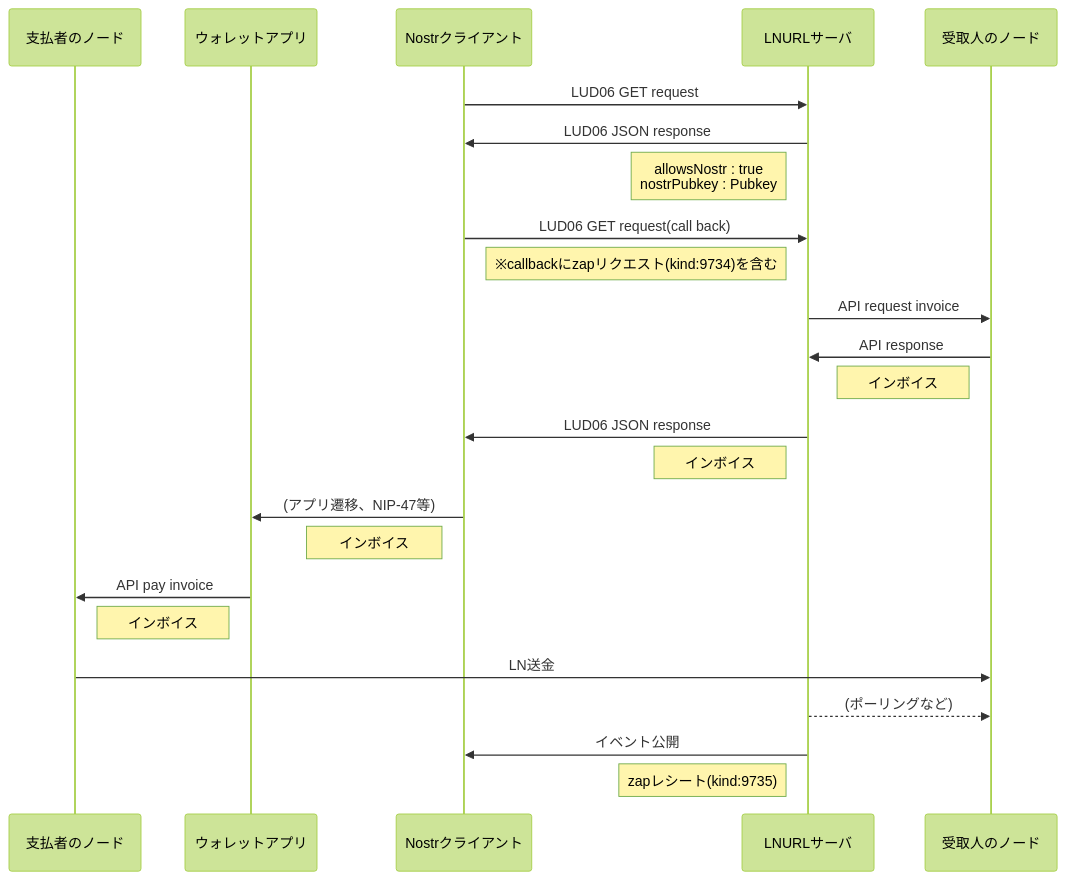
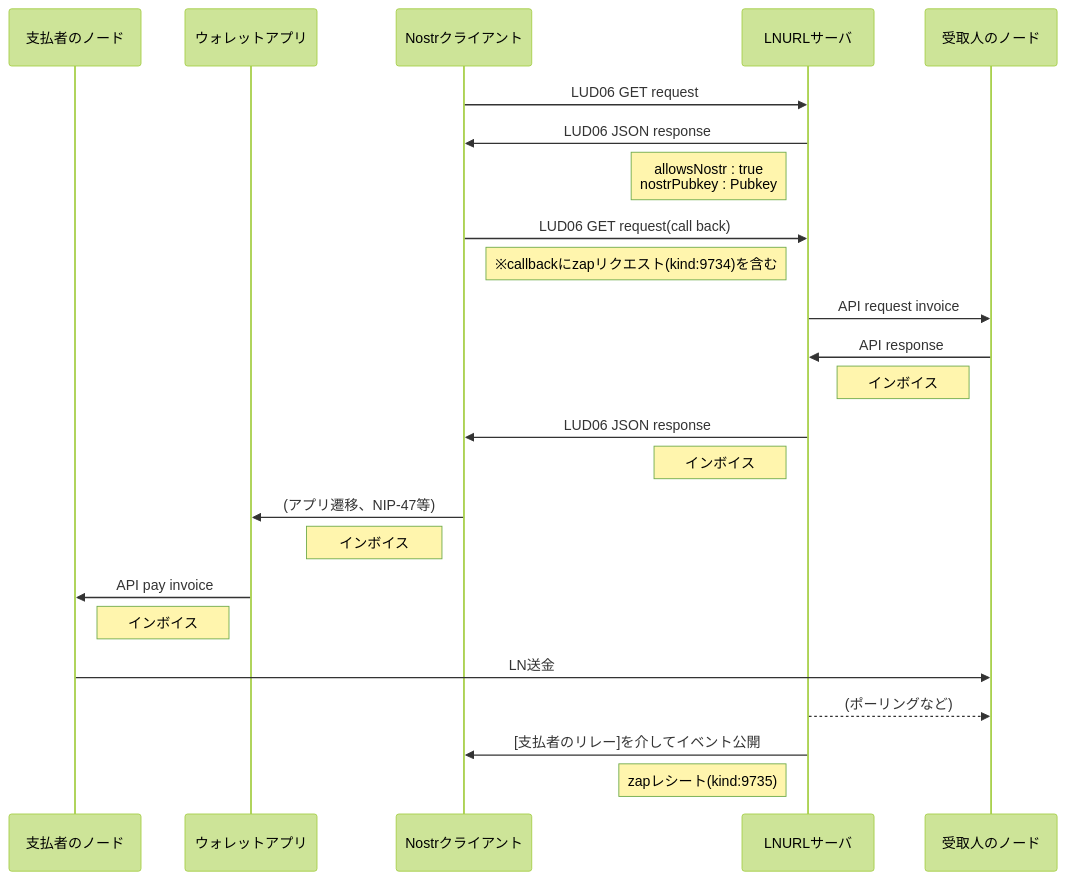
Before and after one commit to GDur4n66/my-documents: the diagram in NIP-57flow.md, drawn with Mermaid (forest theme).

````diff
--- a/NIP-57flow.md
+++ b/NIP-57flow.md
@@ -1,38 +1,38 @@
 ```mermaid
 sequenceDiagram
     participant 支払者のノード
     participant ウォレットアプリ
     participant Nostrクライアント
     participant LNURLサーバ
     participant 受取人のノード
 
     Nostrクライアント->>LNURLサーバ: LUD06 GET request
 
     LNURLサーバ->>Nostrクライアント: LUD06 JSON response
     Note left of LNURLサーバ: allowsNostr : true <br/>nostrPubkey : Pubkey
     
     Nostrクライアント->>LNURLサーバ: LUD06 GET request(call back) 
     Note right of Nostrクライアント: ※callbackにzapリクエスト(kind:9734)を含む
     
     LNURLサーバ->>受取人のノード: API request invoice
     
     受取人のノード->>LNURLサーバ: API response
     Note left of 受取人のノード: インボイス
     
     LNURLサーバ->>Nostrクライアント: LUD06 JSON response
     Note left of LNURLサーバ: インボイス
 
     Nostrクライアント->>ウォレットアプリ: (アプリ遷移、NIP-47等)
     Note left of Nostrクライアント: インボイス
 
     ウォレットアプリ->>支払者のノード: API pay invoice
     Note left of ウォレットアプリ: インボイス
 
     支払者のノード->>受取人のノード: LN送金
     
     LNURLサーバ-->>受取人のノード: (ポーリングなど)
     
-    LNURLサーバ->>Nostrクライアント: イベント公開
+    LNURLサーバ->>Nostrクライアント: [支払者のリレー]を介してイベント公開
     Note left of LNURLサーバ: zapレシート(kind:9735)
 
 ```
````
